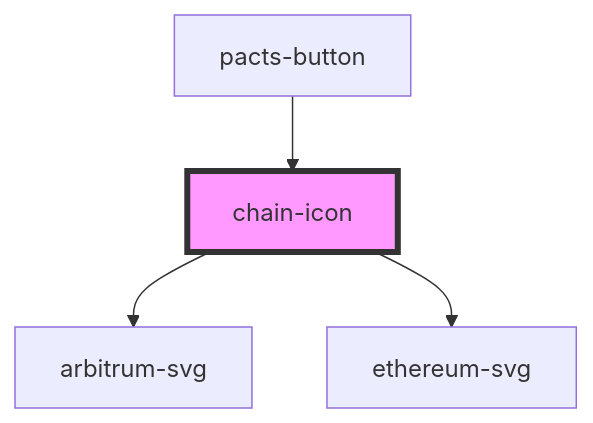
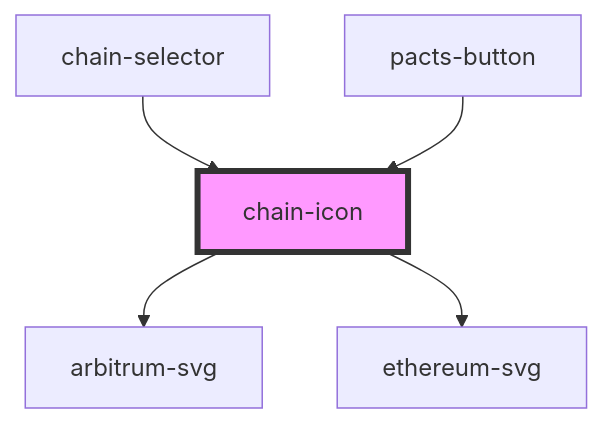
One commit to PactsTech/pacts-components changed the diagram in packages/stencil-components/src/components/chain-icon/readme.md. Above: the diagram before and after it, drawn with Mermaid. The commit also changed other lines of this file and 5 other files, not shown here.

Commit message:
feat: add chain selector component

````diff
--- a/packages/stencil-components/src/components/chain-icon/readme.md
+++ b/packages/stencil-components/src/components/chain-icon/readme.md
@@ -29,7 +30,8 @@
 ```mermaid
 graph TD;
   chain-icon --> arbitrum-svg
   chain-icon --> ethereum-svg
+  chain-selector --> chain-icon
   pacts-button --> chain-icon
   style chain-icon fill:#f9f,stroke:#333,stroke-width:4px
 ```
````
